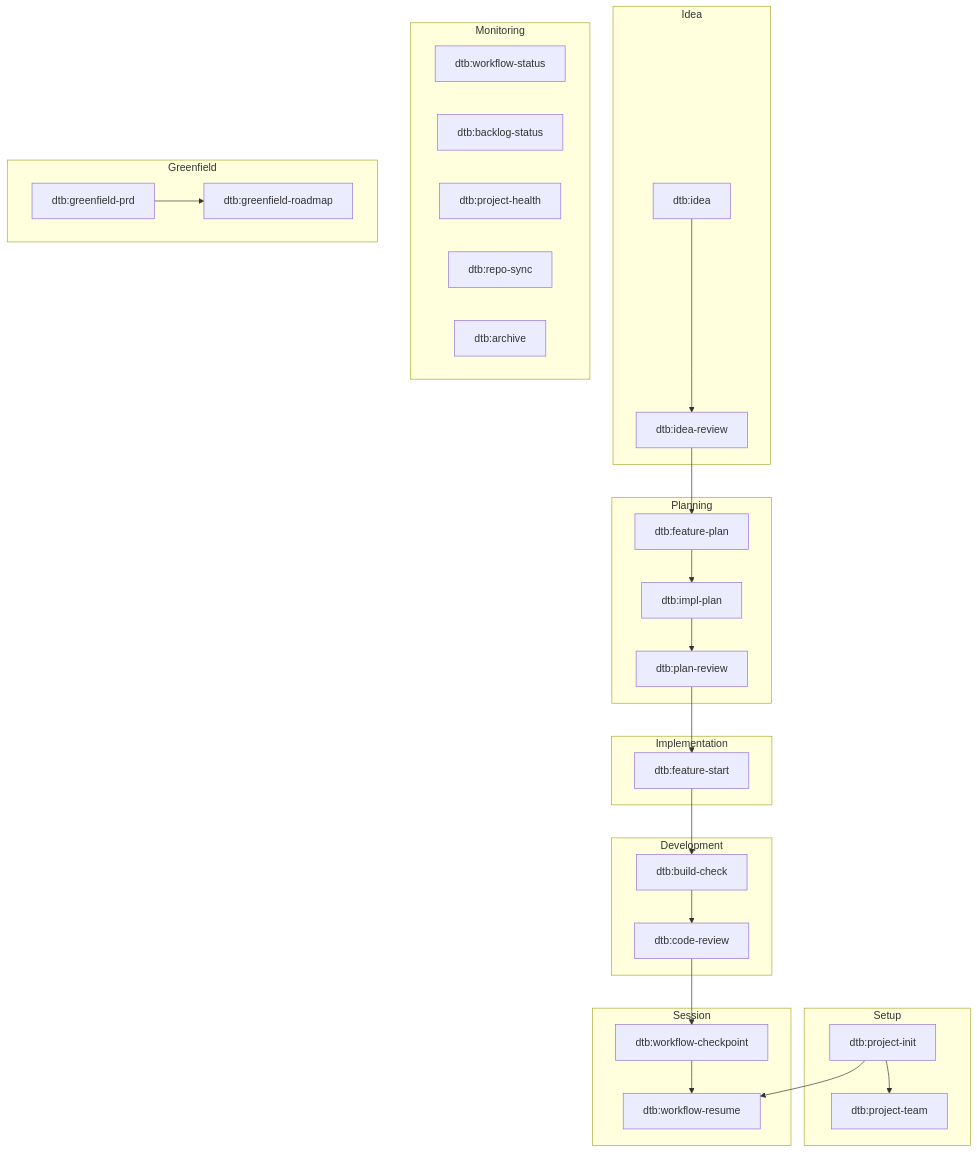
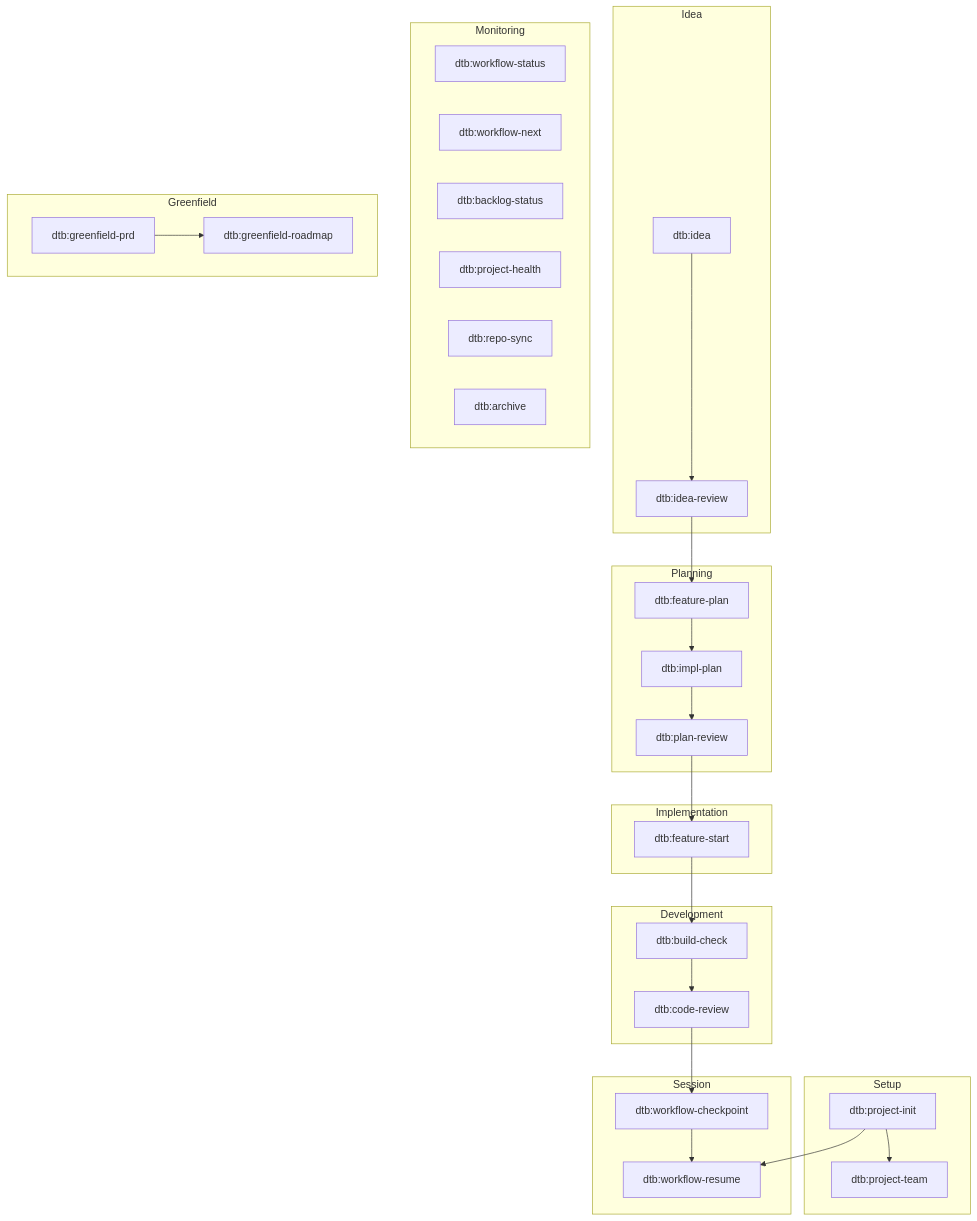
The diagram in claude-code-workflow-kit.md (spyrad/claude-code-workflow-kit), drawn with Mermaid before and after one commit. The commit also changed other lines of this file and 4 other files, not shown here.

First line of the commit message:
Add dtb:workflow-next skill for per-feature next-action guidance

````diff
--- a/claude-code-workflow-kit.md
+++ b/claude-code-workflow-kit.md
@@ -5,59 +5,60 @@
 ```mermaid
 flowchart TD
     subgraph SETUP["Setup"]
         init["dtb:project-init"]
         team["dtb:project-team"]
     end
 
     subgraph IDEA["Idea"]
         idea["dtb:idea"]
         review["dtb:idea-review"]
     end
 
     subgraph PLANNING["Planning"]
         fplan["dtb:feature-plan"]
         iplan["dtb:impl-plan"]
         preview["dtb:plan-review"]
     end
 
     subgraph IMPL["Implementation"]
         fstart["dtb:feature-start"]
     end
 
     subgraph DEV["Development"]
         build["dtb:build-check"]
         codereview["dtb:code-review"]
     end
 
     subgraph SESSION["Session"]
         checkpoint["dtb:workflow-checkpoint"]
         resume["dtb:workflow-resume"]
     end
 
     subgraph MONITORING["Monitoring"]
         wstatus["dtb:workflow-status"]
+        wnext["dtb:workflow-next"]
         bstatus["dtb:backlog-status"]
         health["dtb:project-health"]
         rsync["dtb:repo-sync"]
         archive["dtb:archive"]
     end
 
     subgraph GREENFIELD["Greenfield"]
         prd["dtb:greenfield-prd"]
         roadmap["dtb:greenfield-roadmap"]
     end
 
     %% Pipeline Flow
     init --> resume
     init --> team
     idea --> review
     review --> fplan
     fplan --> iplan
     iplan --> preview
     preview --> fstart
     fstart --> build
     build --> codereview
     codereview --> checkpoint
     checkpoint --> resume
     prd --> roadmap
 ```
````
